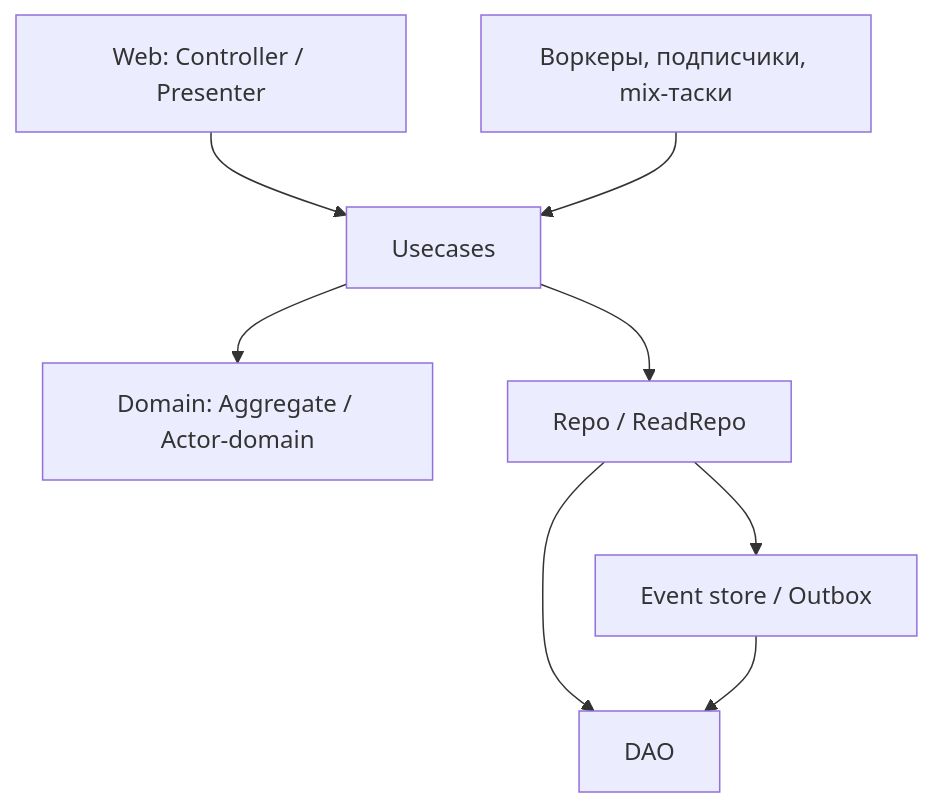
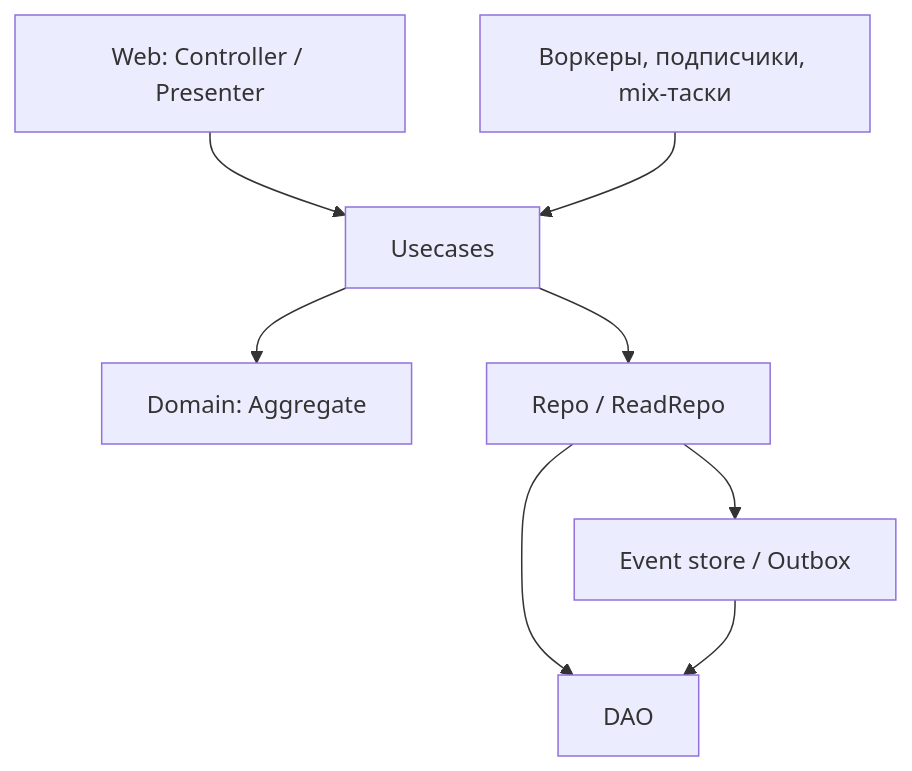
Before and after one commit to Aleksey1707/core-ex: the diagram in docs/rules/app/10-architecture.md, drawn with Mermaid. The commit also changed other lines of this file and 37 other files, not shown here.

````diff
--- a/docs/rules/app/10-architecture.md
+++ b/docs/rules/app/10-architecture.md
@@ -469,18 +506,18 @@
 ```mermaid
 flowchart TB
   Web["Web: Controller / Presenter"]
   Worker["Воркеры, подписчики, mix-таски"]
   UC["Usecases"]
-  Domain["Domain: Aggregate / Actor-domain"]
+  Domain["Domain: Aggregate"]
   Repo["Repo / ReadRepo"]
   Store["Event store / Outbox"]
   DAO["DAO"]
 
   Web --> UC
   Worker --> UC
   UC --> Domain
   UC --> Repo
   Repo --> Store
   Repo --> DAO
   Store --> DAO
 ```
````
